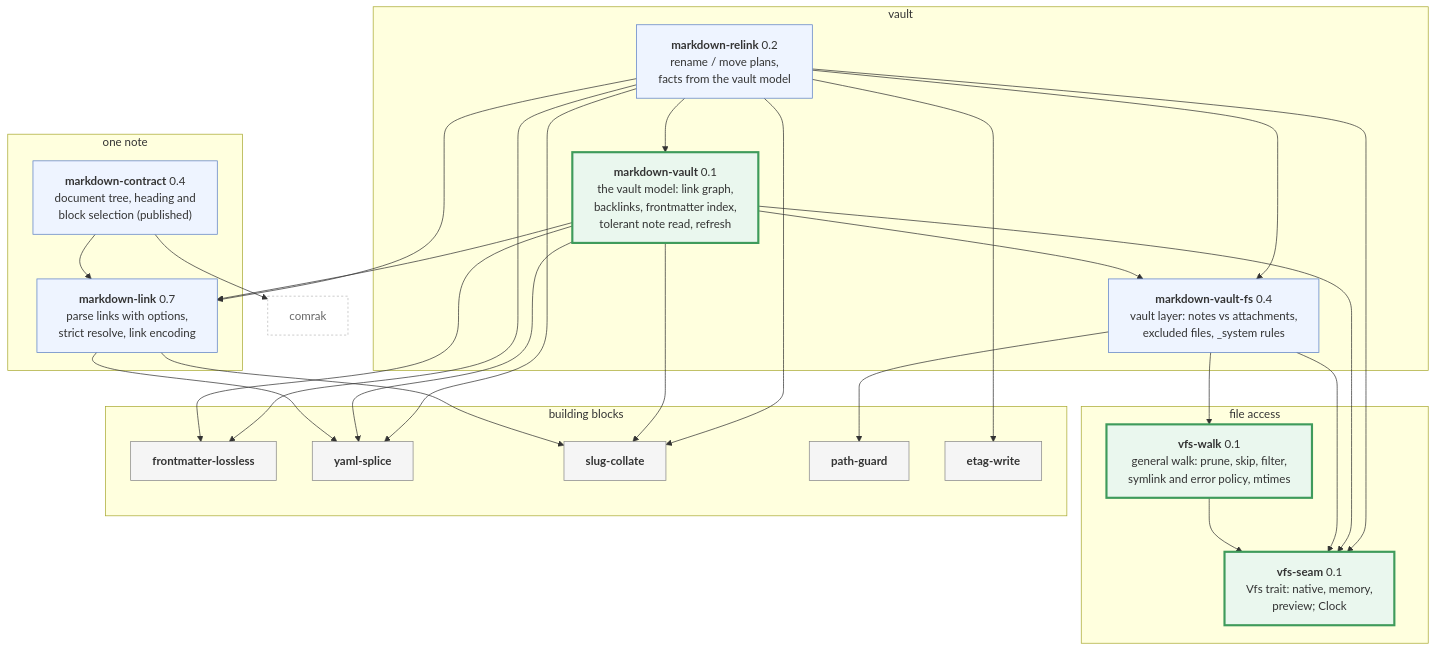
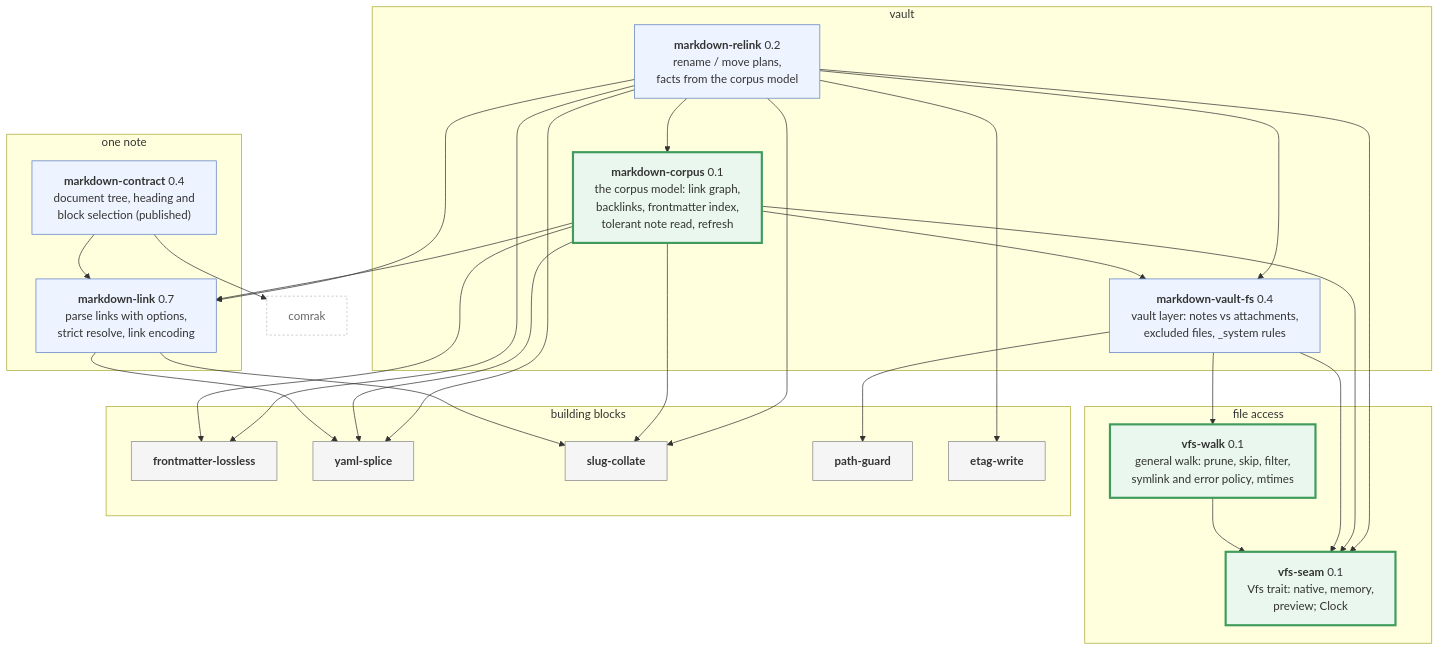
The second of 2 diagrams in docs/architecture/markdown-ecosystem.md (osdlc/osdlc), drawn with Mermaid before and after one commit. The commit also changed other lines of this file and 34 other files, not shown here.

First line of the commit message:
Rename markdown-vault to markdown-corpus

````diff
--- a/docs/architecture/markdown-ecosystem.md
+++ b/docs/architecture/markdown-ecosystem.md
@@ -72,57 +74,57 @@
 ```mermaid
 %%{init: {"flowchart": {"htmlLabels": false, "wrappingWidth": 400}}}%%
 flowchart TB
   classDef md fill:#eef4ff,stroke:#5b7fc7
   classDef base fill:#f5f5f5,stroke:#888
   classDef new fill:#eaf7ee,stroke:#3f9b5b,stroke-width:3px
   classDef ext fill:#ffffff,stroke:#bbb,stroke-dasharray:3 3,color:#666
 
   subgraph VAULT[vault]
-    MR["<b>markdown-relink</b> 0.2<br/>rename / move plans,<br/>facts from the vault model"]:::md
-    MV["<b>markdown-vault</b> 0.1<br/>the vault model: link graph,<br/>backlinks, frontmatter index,<br/>tolerant note read, refresh"]:::new
+    MR["<b>markdown-relink</b> 0.2<br/>rename / move plans,<br/>facts from the corpus model"]:::md
+    MV["<b>markdown-corpus</b> 0.1<br/>the corpus model: link graph,<br/>backlinks, frontmatter index,<br/>tolerant note read, refresh"]:::new
     MVF["<b>markdown-vault-fs</b> 0.4<br/>vault layer: notes vs attachments,<br/>excluded files, _system rules"]:::md
   end
 
   subgraph DOC[one note]
     MC["<b>markdown-contract</b> 0.4<br/>document tree, heading and<br/>block selection (published)"]:::md
     ML["<b>markdown-link</b> 0.7<br/>parse links with options,<br/>strict resolve, link encoding"]:::md
   end
 
   subgraph IO[file access]
     VW["<b>vfs-walk</b> 0.1<br/>general walk: prune, skip, filter,<br/>symlink and error policy, mtimes"]:::new
     VFS["<b>vfs-seam</b> 0.1<br/>Vfs trait: native, memory,<br/>preview; Clock"]:::new
   end
 
   subgraph BASE[building blocks]
     FL["<b>frontmatter-lossless</b>"]:::base
     YS["<b>yaml-splice</b>"]:::base
     SC["<b>slug-collate</b>"]:::base
     PG["<b>path-guard</b>"]:::base
     EW["<b>etag-write</b>"]:::base
   end
 
   CM["comrak"]:::ext
 
   MR --> MV
   MR --> MVF
   MR --> ML
   MR --> VFS
   MR --> FL
   MR --> YS
   MR --> SC
   MR --> EW
   MV --> MVF
   MV --> ML
   MV --> VFS
   MV --> FL
   MV --> YS
   MV --> SC
   MVF --> VW
   MVF --> VFS
   MVF --> PG
   VW --> VFS
   MC --> ML
   MC --> CM
   ML --> YS
   ML --> SC
 ```
````
